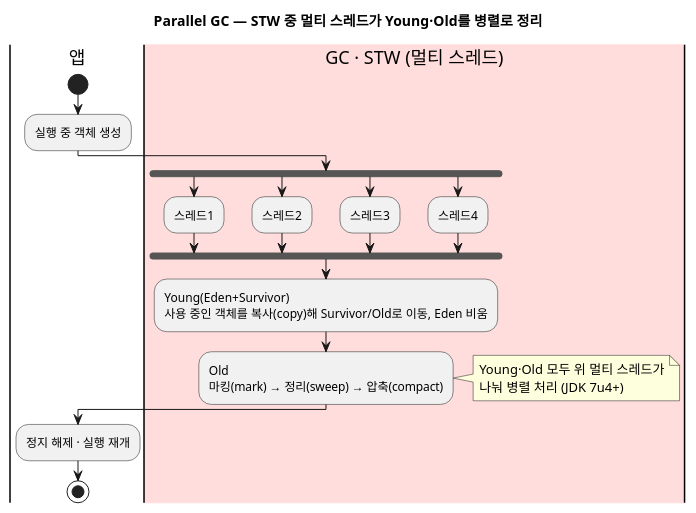
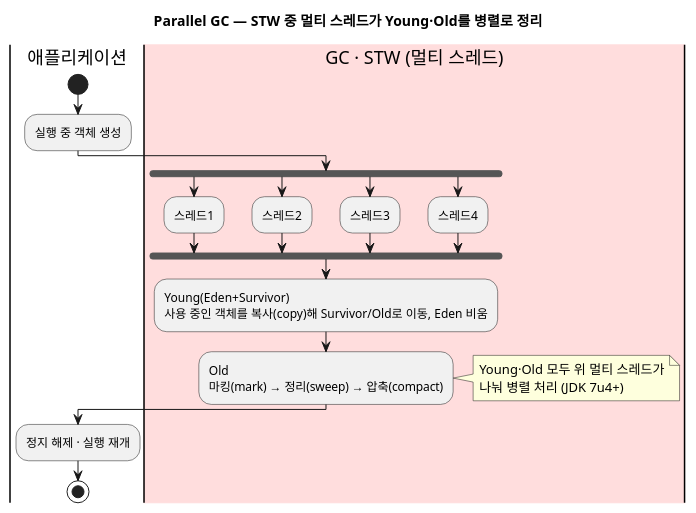
One commit to johnycho/johny-dev changed the fourth of 10 diagrams in blog/2026-08-18-java-gc-types.mdx. Above: the diagram before and after it, drawn with PlantUML. The commit also changed other lines of this file and 49 other files, not shown here.

````diff
--- a/blog/2026-08-18-java-gc-types.mdx
+++ b/blog/2026-08-18-java-gc-types.mdx
@@ -166,27 +166,27 @@
 ```plantuml
 @startuml
 title Parallel GC — STW 중 멀티 스레드가 Young·Old를 병렬로 정리
-|앱|
+|애플리케이션|
 start
 :실행 중 객체 생성;
 |#FFDDDD|GC · STW (멀티 스레드)|
 fork
   :스레드1;
 fork again
   :스레드2;
 fork again
   :스레드3;
 fork again
   :스레드4;
 end fork
 :Young(Eden+Survivor)\n사용 중인 객체를 복사(copy)해 Survivor/Old로 이동, Eden 비움;
 :Old\n마킹(mark) → 정리(sweep) → 압축(compact);
 note right
   Young·Old 모두 위 멀티 스레드가
   나눠 병렬 처리 (JDK 7u4+)
 end note
-|앱|
+|애플리케이션|
 :정지 해제 · 실행 재개;
 stop
 @enduml
 ```
````
